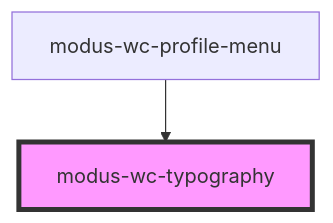
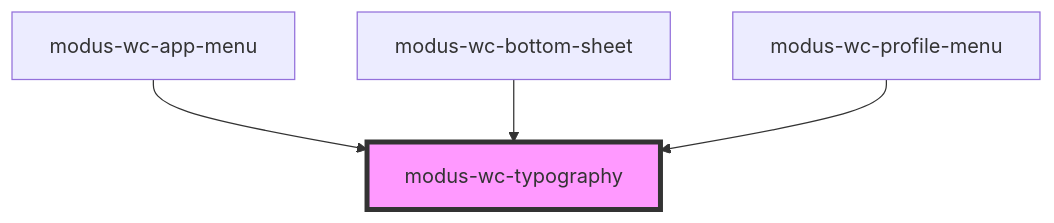
The diagram in src/components/modus-wc-typography/readme.md (trimble-oss/modus-wc-2.0), drawn with Mermaid before and after one commit. The commit also changed other lines of this file and 16 other files, not shown here.

````diff
--- a/src/components/modus-wc-typography/readme.md
+++ b/src/components/modus-wc-typography/readme.md
@@ -39,5 +41,7 @@
 ```mermaid
 graph TD;
+  modus-wc-app-menu --> modus-wc-typography
+  modus-wc-bottom-sheet --> modus-wc-typography
   modus-wc-profile-menu --> modus-wc-typography
   style modus-wc-typography fill:#f9f,stroke:#333,stroke-width:4px
 ```
````
